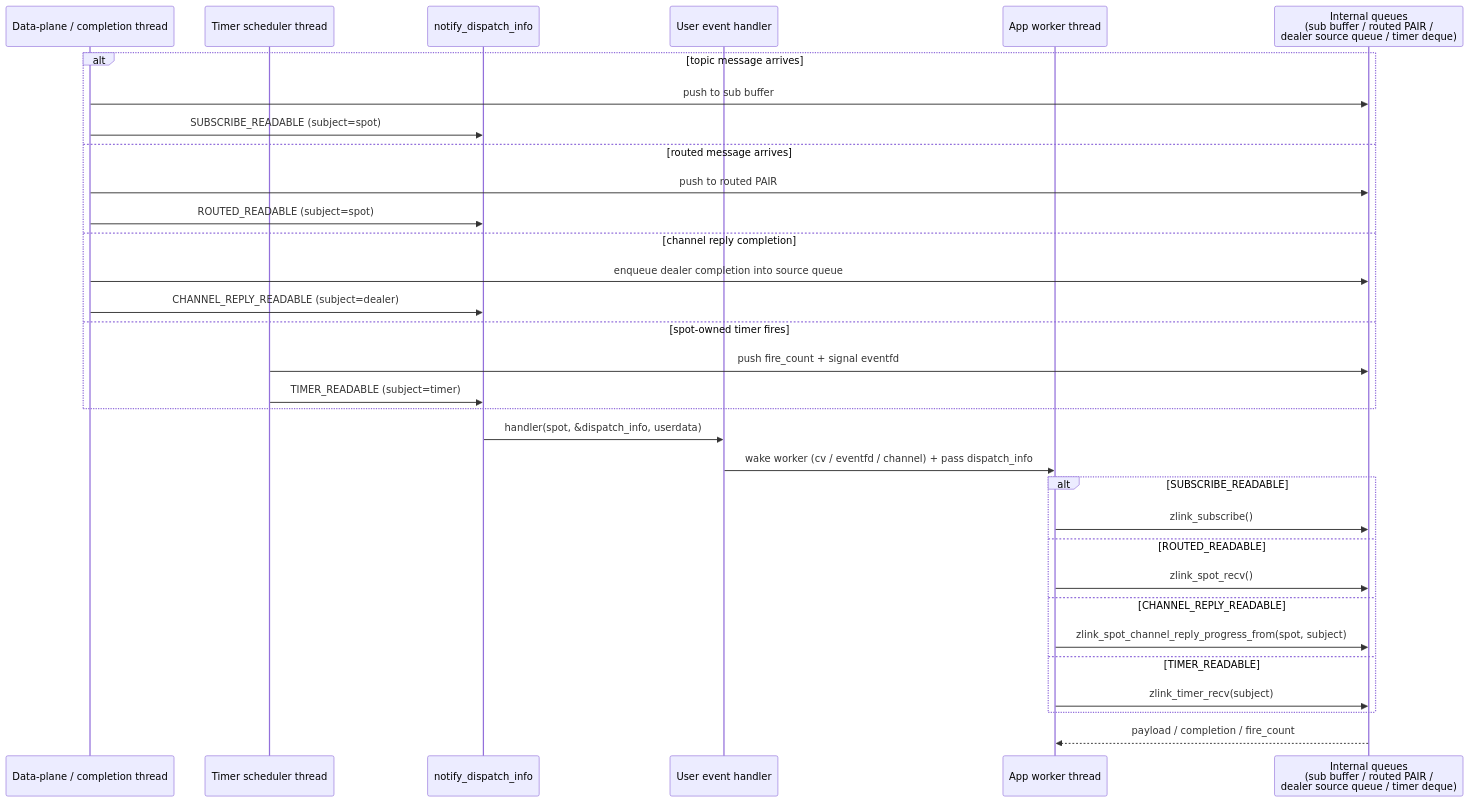
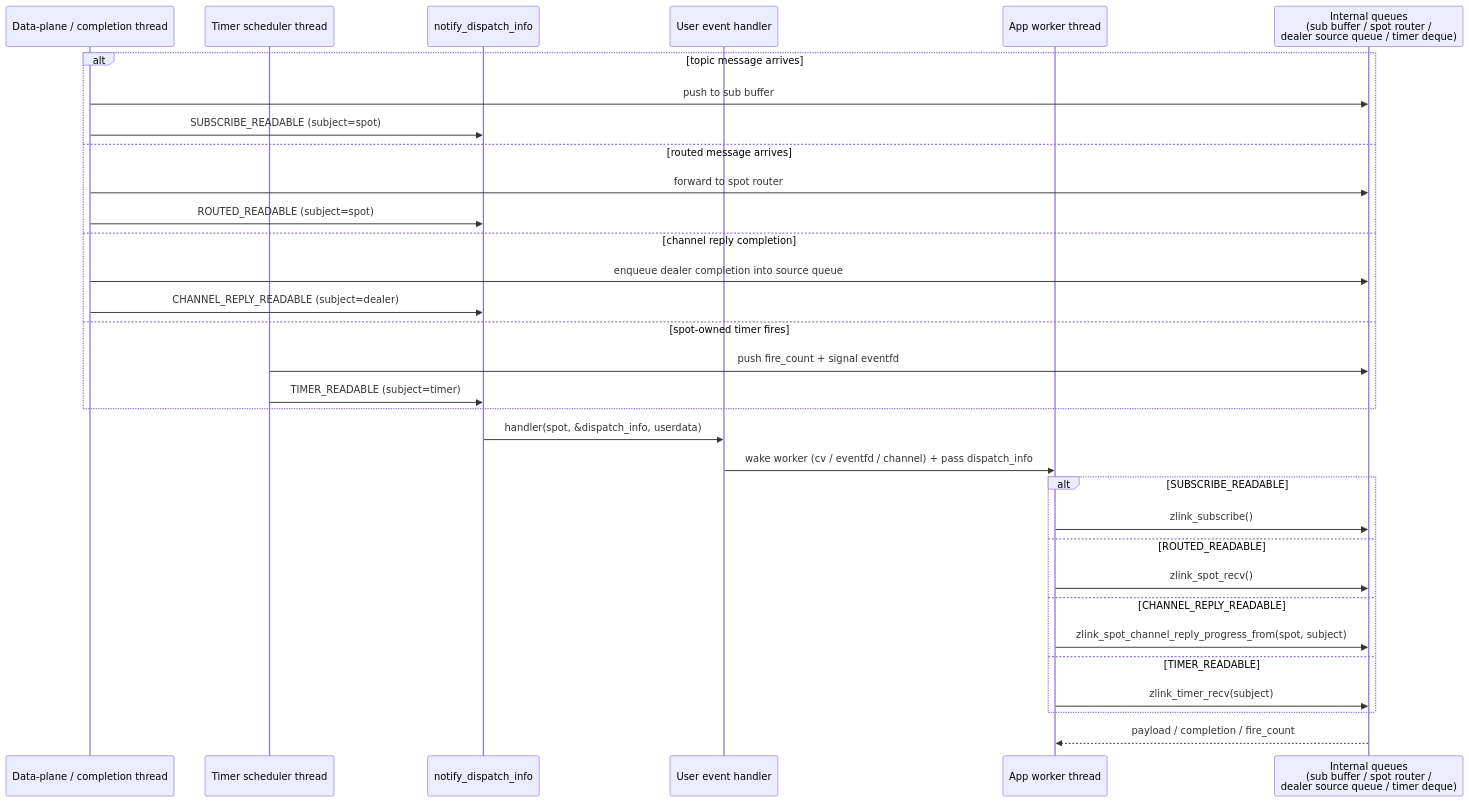
Diagram 15 of 15 in doc/internals/spot-internals.md (kairos-code-dev/zlink), drawn with Mermaid before and after one commit. The commit also changed other lines of this file and 132 other files, not shown here.

````diff
--- a/doc/internals/spot-internals.md
+++ b/doc/internals/spot-internals.md
@@ -562,35 +562,35 @@
 ```mermaid
 sequenceDiagram
     participant DP as Data-plane / completion thread
     participant Sched as Timer scheduler thread
     participant Notify as notify_dispatch_info
     participant UH as User event handler
     participant App as App worker thread
-    participant Q as Internal queues<br/>(sub buffer / routed PAIR /<br/>dealer source queue / timer deque)
+    participant Q as Internal queues<br/>(sub buffer / spot router /<br/>dealer source queue / timer deque)
 
     alt topic message arrives
         DP->>Q: push to sub buffer
         DP->>Notify: SUBSCRIBE_READABLE (subject=spot)
     else routed message arrives
-        DP->>Q: push to routed PAIR
+        DP->>Q: forward to spot router
         DP->>Notify: ROUTED_READABLE (subject=spot)
     else channel reply completion
         DP->>Q: enqueue dealer completion into source queue
         DP->>Notify: CHANNEL_REPLY_READABLE (subject=dealer)
     else spot-owned timer fires
         Sched->>Q: push fire_count + signal eventfd
         Sched->>Notify: TIMER_READABLE (subject=timer)
     end
     Notify->>UH: handler(spot, &dispatch_info, userdata)
     UH->>App: wake worker (cv / eventfd / channel) + pass dispatch_info
     alt SUBSCRIBE_READABLE
         App->>Q: zlink_subscribe()
     else ROUTED_READABLE
         App->>Q: zlink_spot_recv()
     else CHANNEL_REPLY_READABLE
         App->>Q: zlink_spot_channel_reply_progress_from(spot, subject)
     else TIMER_READABLE
         App->>Q: zlink_timer_recv(subject)
     end
     Q-->>App: payload / completion / fire_count
 ```
````
